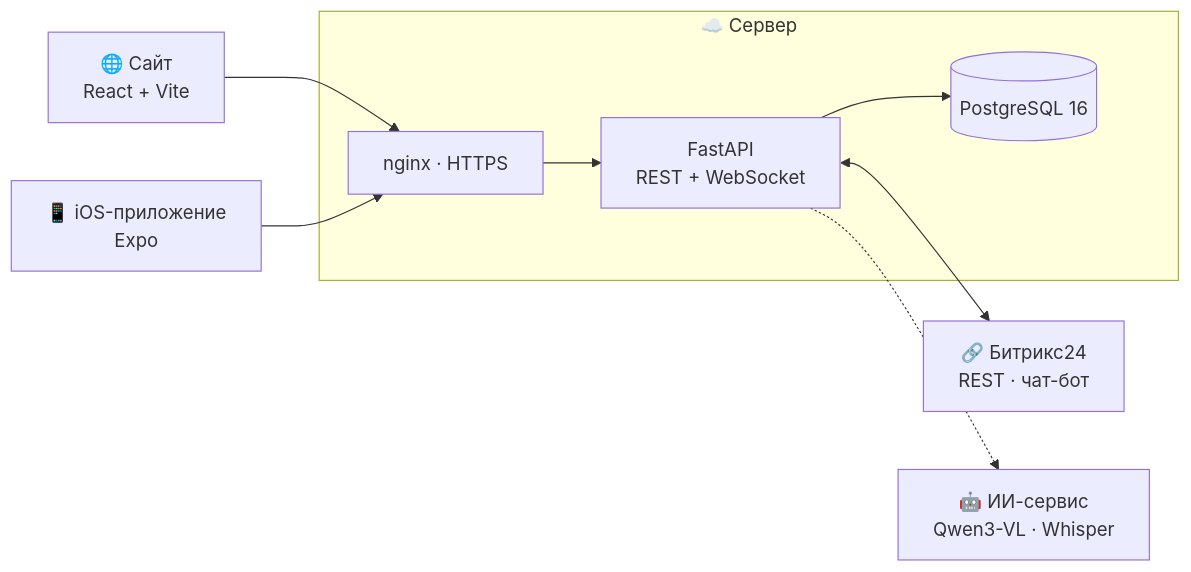
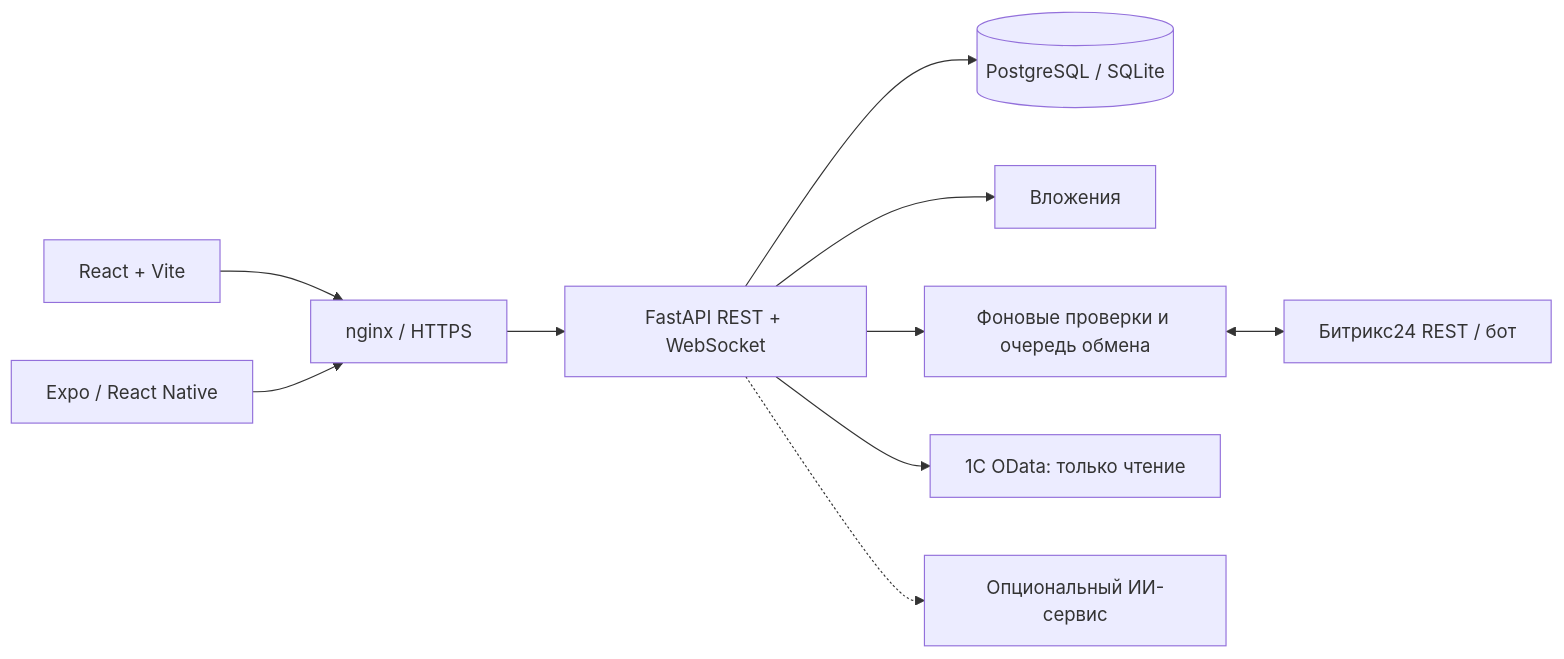
One commit to Modus-trade/.github changed the second of 2 diagrams in profile/README.md. Above: the diagram before and after it, drawn with Mermaid. The commit also changed other lines of this file, not shown here.

````diff
--- a/profile/README.md
+++ b/profile/README.md
@@ -120,11 +290,12 @@
 ```mermaid
 flowchart LR
-    W["🌐 Сайт<br/>React + Vite"] --> N
-    M["📱 iOS-приложение<br/>Expo"] --> N
-    subgraph S["☁️ Сервер"]
-        N["nginx · HTTPS"] --> B["FastAPI<br/>REST + WebSocket"]
-        B --> D[("PostgreSQL 16")]
-    end
-    B <--> X["🔗 Битрикс24<br/>REST · чат-бот"]
-    B -.-> AI["🤖 ИИ-сервис<br/>Qwen3-VL · Whisper"]
+    W[React + Vite] --> N[nginx / HTTPS]
+    M[Expo / React Native] --> N
+    N --> API[FastAPI REST + WebSocket]
+    API --> DB[(PostgreSQL / SQLite)]
+    API --> FILES[Вложения]
+    API --> JOBS[Фоновые проверки и очередь обмена]
+    JOBS <--> B24[Битрикс24 REST / бот]
+    API --> ODATA[1С OData: только чтение]
+    API -.-> AI[Опциональный ИИ-сервис]
 ```
````
